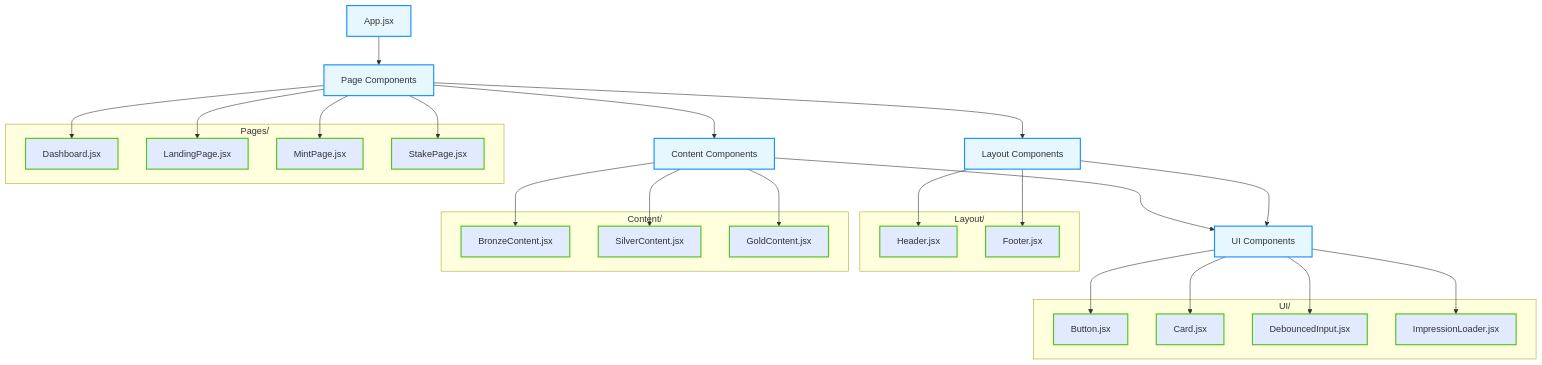
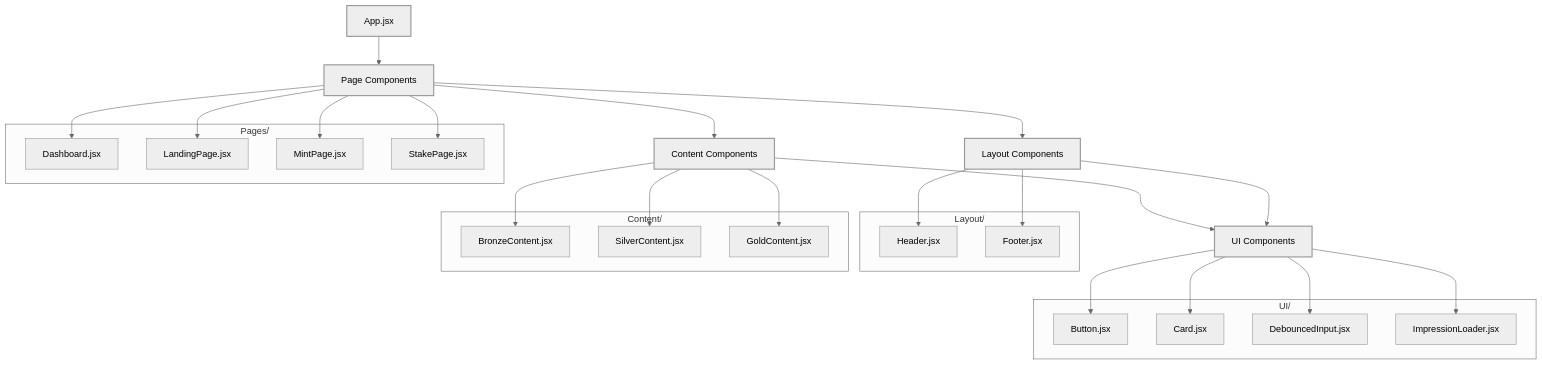
The third of 10 diagrams in README.md (jmakwana01/InsightTiers), drawn with Mermaid before and after one commit. The commit also changed other lines of this file, not shown here.

````diff
--- a/README.md
+++ b/README.md
@@ -88,62 +91,63 @@
 ```mermaid
+%%{init: {'theme':'neutral', 'themeVariables': {'primaryColor': '#f5f5f5', 'primaryTextColor': '#000000', 'primaryBorderColor': '#333333', 'lineColor': '#666666', 'fontFamily': 'arial'}}}%%
 graph TD
     App[App.jsx]
     Pages[Page Components]
     Layout[Layout Components]
     UI[UI Components]
     Content[Content Components]
     
     App --> Pages
     Pages --> Layout
     Pages --> Content
     Layout --> UI
     Content --> UI
     
     subgraph "Pages/"
         Dashboard[Dashboard.jsx]
         LandingPage[LandingPage.jsx]
         MintPage[MintPage.jsx]
         StakePage[StakePage.jsx]
     end
     
     subgraph "Layout/"
         Header[Header.jsx]
         Footer[Footer.jsx]
     end
     
     subgraph "UI/"
         Button[Button.jsx]
         Card[Card.jsx]
         Input[DebouncedInput.jsx]
         Loader[ImpressionLoader.jsx]
     end
     
     subgraph "Content/"
         BronzeContent[BronzeContent.jsx]
         SilverContent[SilverContent.jsx]
         GoldContent[GoldContent.jsx]
     end
     
     Pages --> Dashboard
     Pages --> LandingPage
     Pages --> MintPage
     Pages --> StakePage
     
     Layout --> Header
     Layout --> Footer
     
     UI --> Button
     UI --> Card
     UI --> Input
     UI --> Loader
     
     Content --> BronzeContent
     Content --> SilverContent
     Content --> GoldContent
     
-    classDef container fill:#e6f7ff,stroke:#1890ff,stroke-width:2px;
-    classDef component fill:#e1eaff,stroke:#52c41a,stroke-width:2px;
-    
-    class App,Pages,Layout,UI,Content container;
-    class Dashboard,LandingPage,MintPage,StakePage,Header,Footer,Button,Card,Input,Loader,BronzeContent,SilverContent,GoldContent component;
+    style App stroke-width:2px
+    style Pages stroke-width:2px
+    style Layout stroke-width:2px
+    style UI stroke-width:2px
+    style Content stroke-width:2px
 ```
````
